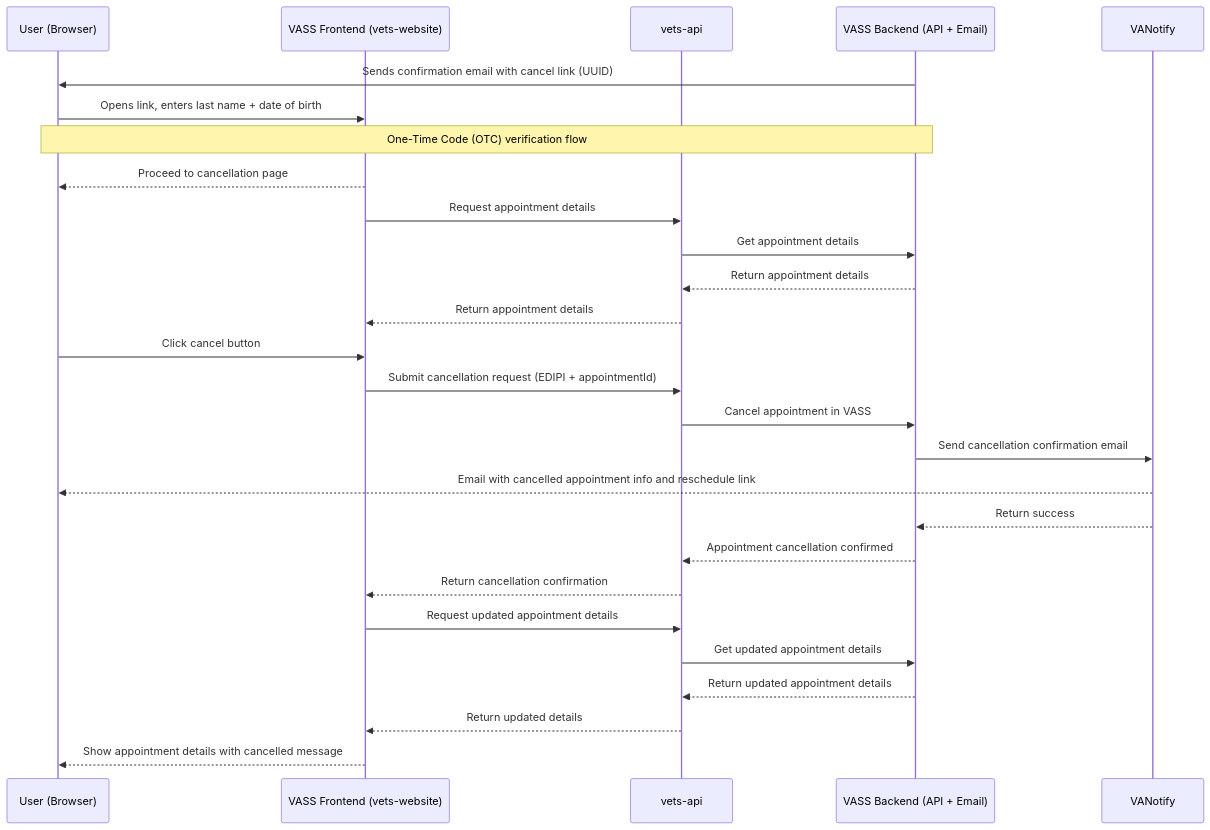
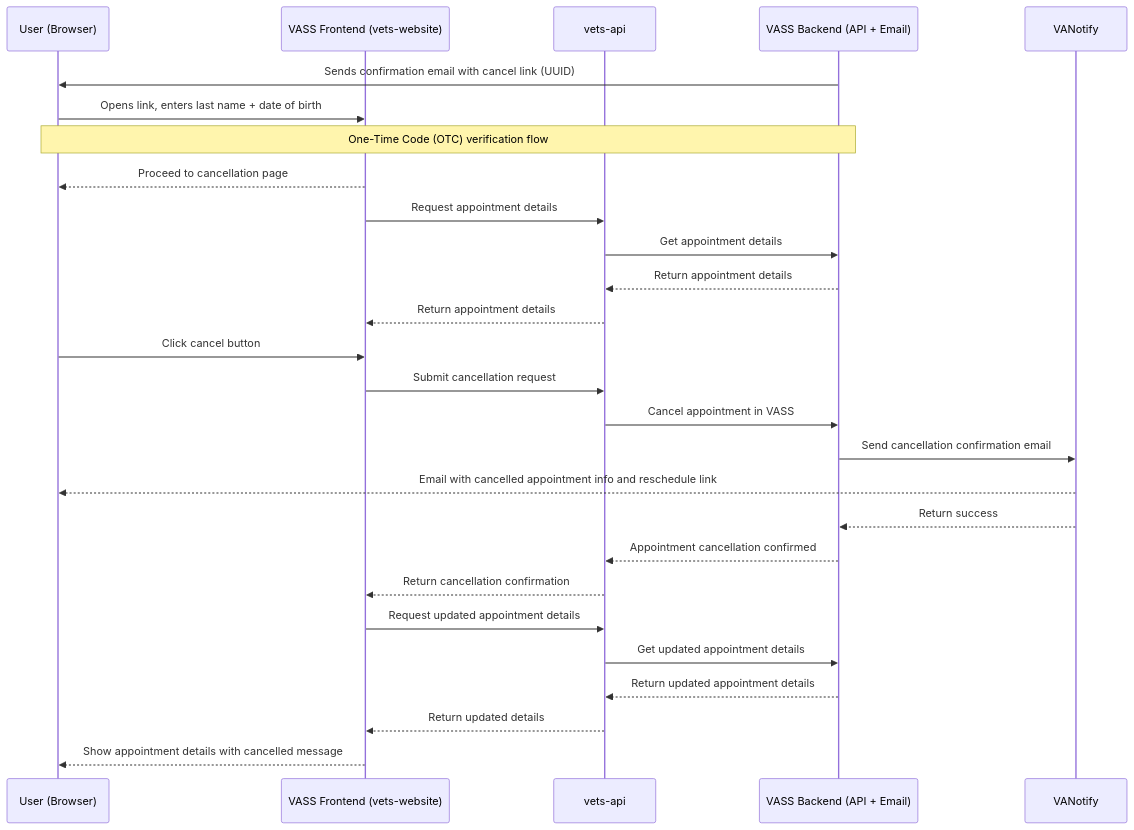
The second of 3 diagrams in products/health-care/appointments/va-online-scheduling/initiatives/solid-start-scheduling/engineering/sequence-diagrams/otc-flow.md (department-of-veterans-affairs/va.gov-team), drawn with Mermaid before and after one commit. The commit also changed other lines of this file, not shown here.

````diff
--- a/products/health-care/appointments/va-online-scheduling/initiatives/solid-start-scheduling/engineering/sequence-diagrams/otc-flow.md
+++ b/products/health-care/appointments/va-online-scheduling/initiatives/solid-start-scheduling/engineering/sequence-diagrams/otc-flow.md
@@ -49,41 +49,41 @@
 ``` mermaid
 sequenceDiagram
     participant user as User (Browser)
     participant vetsWebsite as VASS Frontend (vets-website)
     participant vetsApi as vets-api
     participant vassBackend as VASS Backend (API + Email)
     participant vaNotify as VANotify
 
     %% Step 1: Confirmation Email
     vassBackend->>user: Sends confirmation email with cancel link (UUID)
 
     %% Step 2: User validates identity
     user->>vetsWebsite: Opens link, enters last name + date of birth
     Note over user,vassBackend: One-Time Code (OTC) verification flow
     vetsWebsite-->>user: Proceed to cancellation page
 
     %% Step 3: Retrieve appointment details
     vetsWebsite->>vetsApi: Request appointment details
     vetsApi->>vassBackend: Get appointment details
     vassBackend-->>vetsApi: Return appointment details
     vetsApi-->>vetsWebsite: Return appointment details
     user->>vetsWebsite: Click cancel button
 
     %% Step 4: Cancel appointment
-    vetsWebsite->>vetsApi: Submit cancellation request (EDIPI + appointmentId)
+    vetsWebsite->>vetsApi: Submit cancellation request
     vetsApi->>vassBackend: Cancel appointment in VASS
     
     vassBackend->>vaNotify: Send cancellation confirmation email
     vaNotify-->>user: Email with cancelled appointment info and reschedule link
     vaNotify-->>vassBackend: Return success
     vassBackend-->>vetsApi: Appointment cancellation confirmed
     vetsApi-->>vetsWebsite: Return cancellation confirmation
 
     %% Step 5: Refresh appointment details
     vetsWebsite->>vetsApi: Request updated appointment details
     vetsApi->>vassBackend: Get updated appointment details
     vassBackend-->>vetsApi: Return updated appointment details
     vetsApi-->>vetsWebsite: Return updated details
     vetsWebsite-->>user: Show appointment details with cancelled message
 
 ```
````
